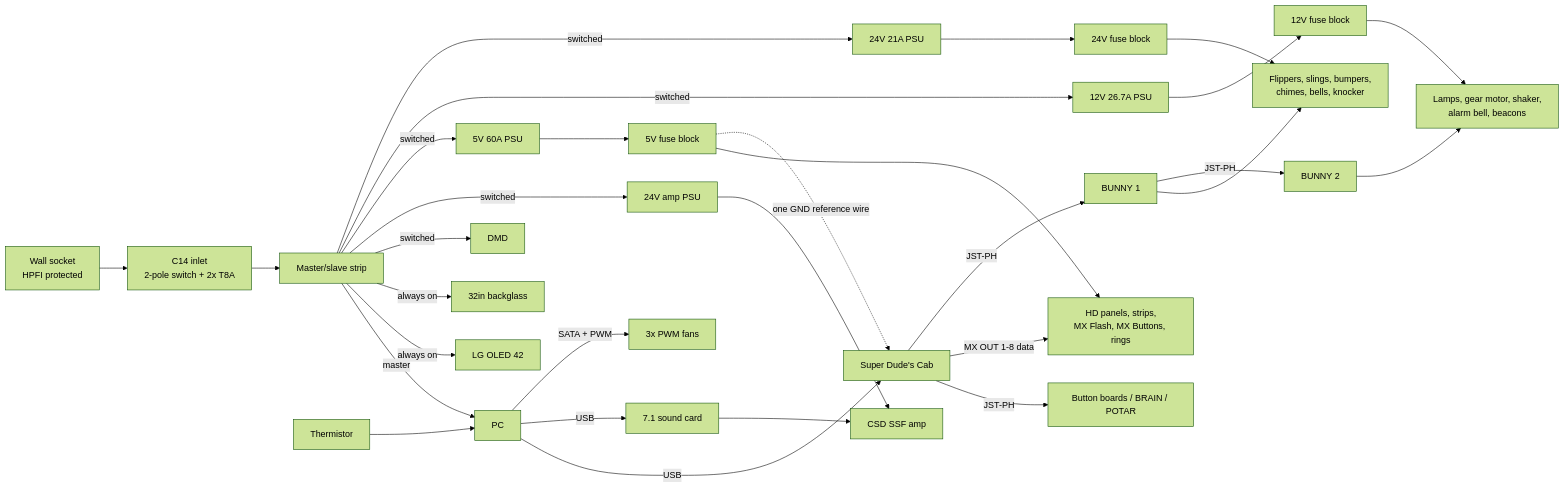
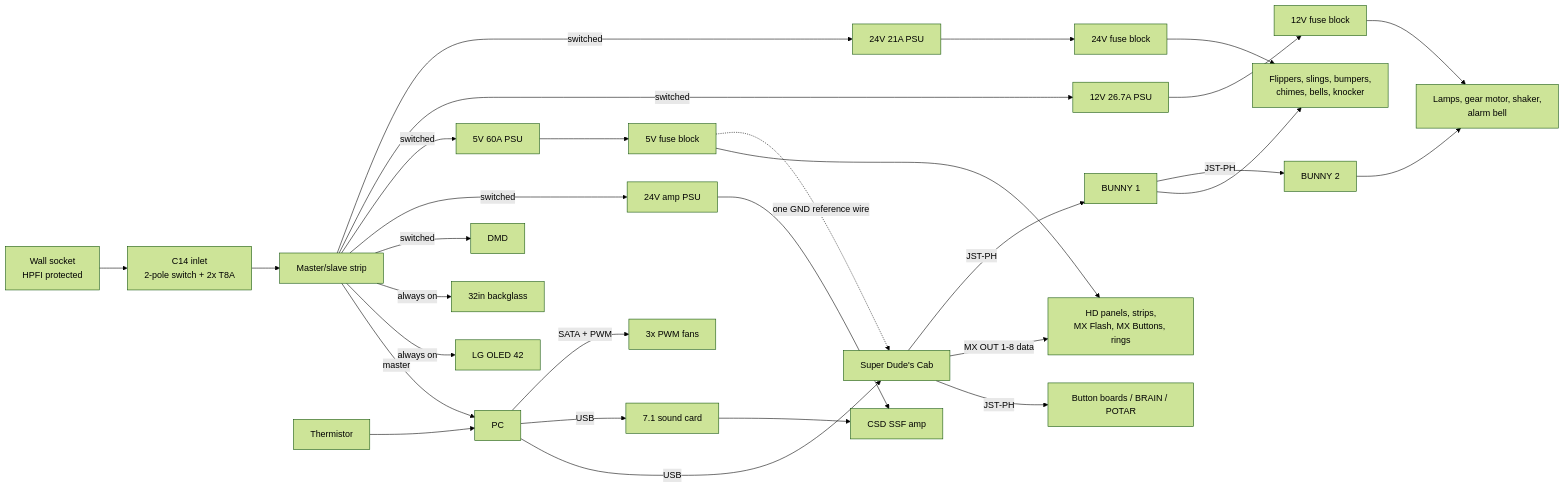
One commit to dipth/vpin_cabinet changed the diagram in README.md. Above: the diagram before and after it, drawn with Mermaid (forest theme). The commit also changed other lines of this file and 4 other files, not shown here.

````diff
--- a/README.md
+++ b/README.md
@@ -114,22 +114,22 @@
 ```mermaid
 flowchart LR
   WALL[Wall socket<br/>HPFI protected] --> INLET[C14 inlet<br/>2-pole switch + 2x T8A]
   INLET --> STRIP[Master/slave strip]
   STRIP -- master --> PC
   STRIP -- always on --> OLED[LG OLED 42]
   STRIP -- always on --> BG[32in backglass]
   STRIP -- switched --> DMD
   STRIP -- switched --> AMPPSU[24V amp PSU] --> AMP[CSD SSF amp]
   STRIP -- switched --> PSU5[5V 60A PSU] --> FB5[5V fuse block] --> ALED[HD panels, strips,<br/>MX Flash, MX Buttons, rings]
-  STRIP -- switched --> PSU12[12V 26.7A PSU] --> FB12[12V fuse block] --> TOYS12[Lamps, gear motor, shaker,<br/>alarm bell, beacons]
+  STRIP -- switched --> PSU12[12V 26.7A PSU] --> FB12[12V fuse block] --> TOYS12[Lamps, gear motor, shaker,<br/>alarm bell]
   STRIP -- switched --> PSU24[24V 21A PSU] --> FB24[24V fuse block] --> COILS[Flippers, slings, bumpers,<br/>chimes, bells, knocker]
   PC -- USB --> SDC[Super Dude's Cab]
   PC -- USB --> SC[7.1 sound card] --> AMP
   PC -- SATA + PWM --> FANS[3x PWM fans]
   THERM[Thermistor] --> PC
   SDC -- JST-PH --> BB[Button boards / BRAIN / POTAR]
   SDC -- MX OUT 1-8 data --> ALED
   SDC -- JST-PH --> BUNNY1[BUNNY 1] --> COILS
   BUNNY1 -- JST-PH --> BUNNY2[BUNNY 2] --> TOYS12
   FB5 -. one GND reference wire .-> SDC
 ```
````
